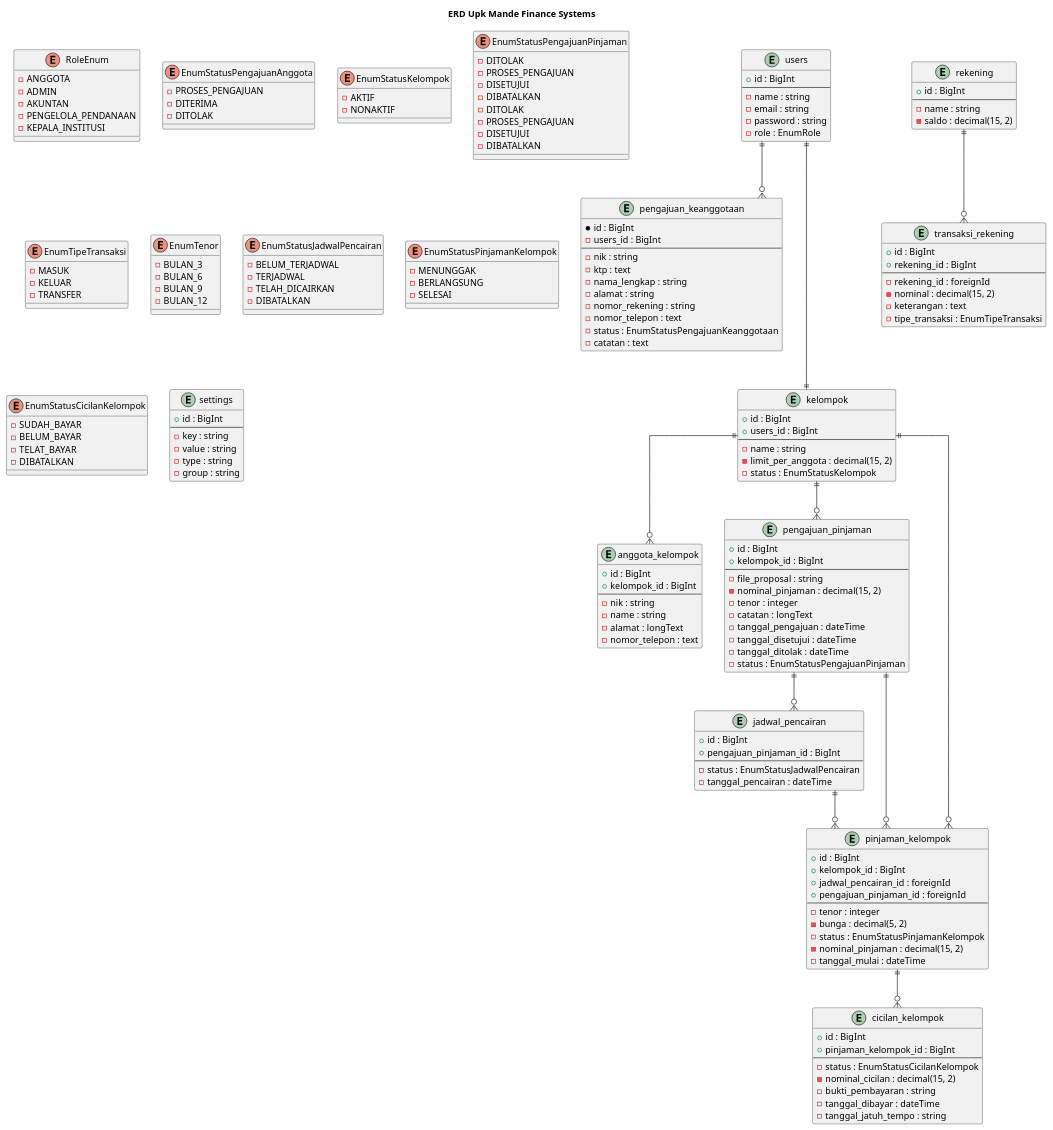
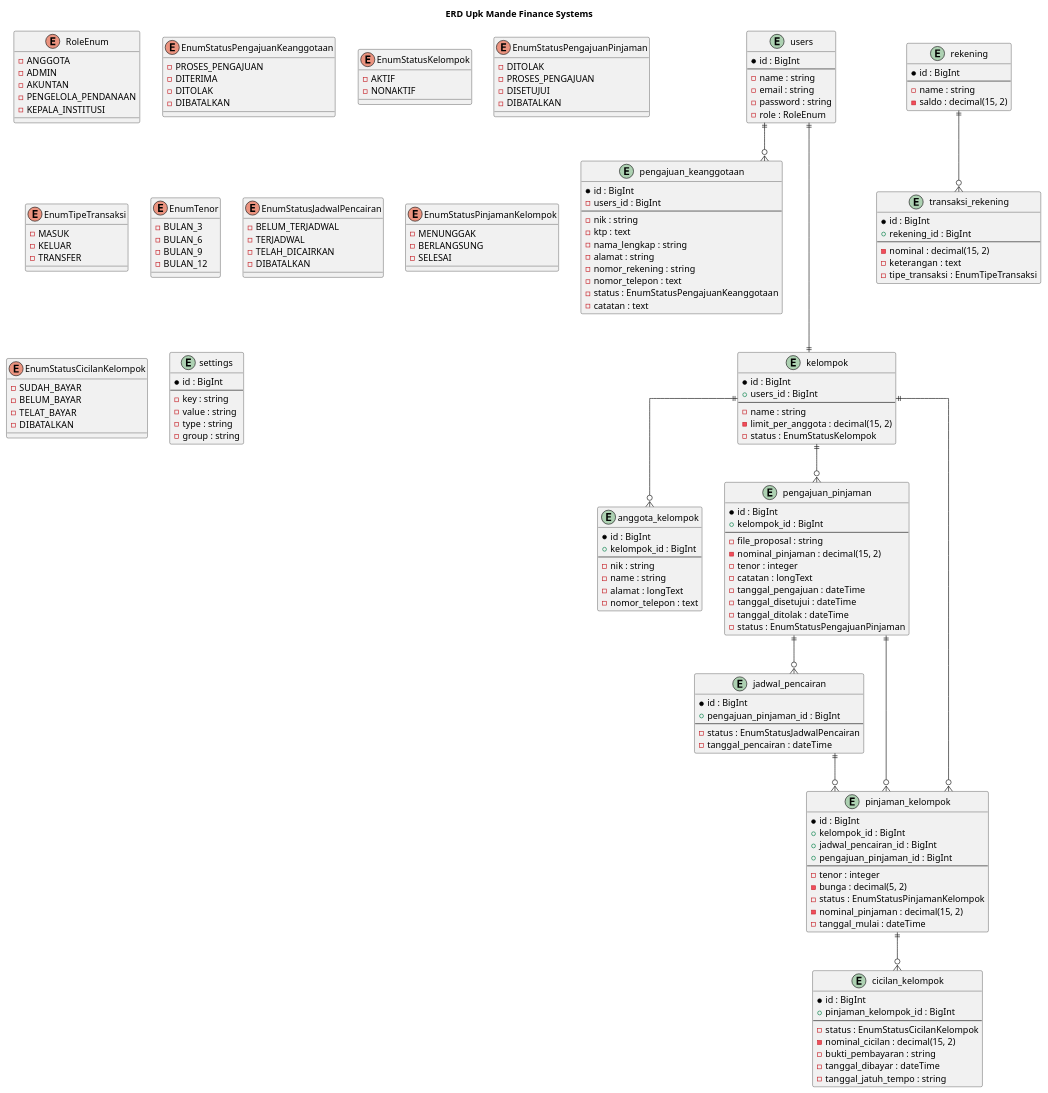
One commit to fpbismyname/upk-mande-finance-system-web changed the diagram in docs/erd/upk_mande_erd.puml. Above: the diagram before and after it, drawn with PlantUML. The commit also changed 6 other files, not shown here.

```diff
--- a/docs/erd/upk_mande_erd.puml
+++ b/docs/erd/upk_mande_erd.puml
@@ -1,4 +1,4 @@
-@startuml ERD
+@startuml upk_mande_erd.puml
 
 title ERD Upk Mande Finance Systems
 
@@ -18,22 +18,16 @@
   -KEPALA_INSTITUSI
 }
 
-enum EnumStatusPengajuanAnggota{
+enum EnumStatusPengajuanKeanggotaan{
   -PROSES_PENGAJUAN
   -DITERIMA
   -DITOLAK
+  -DIBATALKAN
 }
 
 enum EnumStatusKelompok{
   -AKTIF
   -NONAKTIF
-}
-
-enum EnumStatusPengajuanPinjaman{
-  -DITOLAK
-  -PROSES_PENGAJUAN
-  -DISETUJUI
-  -DIBATALKAN
 }
 
 enum EnumStatusPengajuanPinjaman{
@@ -81,15 +75,15 @@
 ' Tables        
 ' ==============
 entity "users" {
-  + id : BigInt
+  * id : BigInt
   --
   -name : string
   -email : string
   -password : string
-  -role : EnumRole
+  -role : RoleEnum
 }
 
-entity pengajuan_keanggotaan{
+entity "pengajuan_keanggotaan"{
   * id : BigInt
   - users_id : BigInt
   --
@@ -104,24 +98,23 @@
 }
 
 entity "rekening" {
-  + id : BigInt
+  * id : BigInt
   --
   -name : string
   -saldo : decimal(15, 2)
 }
 
 entity "transaksi_rekening" {
-  + id : BigInt
+  * id : BigInt
   + rekening_id : BigInt
   --
-  -rekening_id : foreignId
   -nominal : decimal(15, 2)
   -keterangan : text
   -tipe_transaksi : EnumTipeTransaksi
 }
 
 entity "kelompok" {
-  + id : BigInt
+  * id : BigInt
   + users_id : BigInt
   --
   -name : string
@@ -130,7 +123,7 @@
 }
 
 entity "anggota_kelompok" {
-  + id : BigInt
+  * id : BigInt
   + kelompok_id : BigInt
   --
   -nik : string
@@ -140,7 +133,7 @@
 }
 
 entity "pengajuan_pinjaman" {
-  + id : BigInt
+  * id : BigInt
   + kelompok_id : BigInt
   --
   -file_proposal : string
@@ -154,7 +147,7 @@
 }
 
 entity "jadwal_pencairan" {
-  + id : BigInt
+  * id : BigInt
   + pengajuan_pinjaman_id : BigInt
   --
   -status : EnumStatusJadwalPencairan
@@ -162,10 +155,10 @@
 }
 
 entity "pinjaman_kelompok" {
-  + id : BigInt
+  * id : BigInt
   + kelompok_id : BigInt
-  + jadwal_pencairan_id : foreignId
-  + pengajuan_pinjaman_id : foreignId
+  + jadwal_pencairan_id : BigInt
+  + pengajuan_pinjaman_id : BigInt
   --
   -tenor : integer
   -bunga : decimal(5, 2)
@@ -175,7 +168,7 @@
 }
 
 entity "cicilan_kelompok" {
-  + id : BigInt
+  * id : BigInt
   + pinjaman_kelompok_id : BigInt
   --
   -status : EnumStatusCicilanKelompok
@@ -186,7 +179,7 @@
 }
 
 entity "settings" {
-  + id : BigInt
+  * id : BigInt
   --
   -key : string
   -value : string
```
